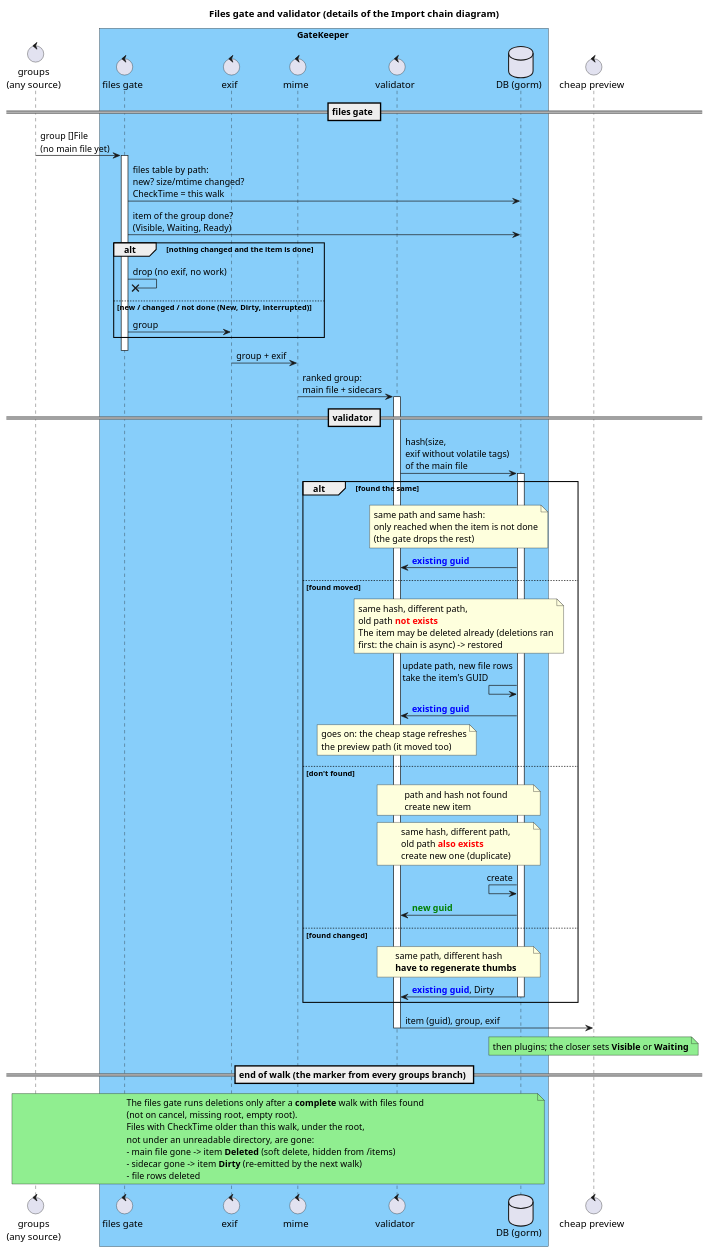
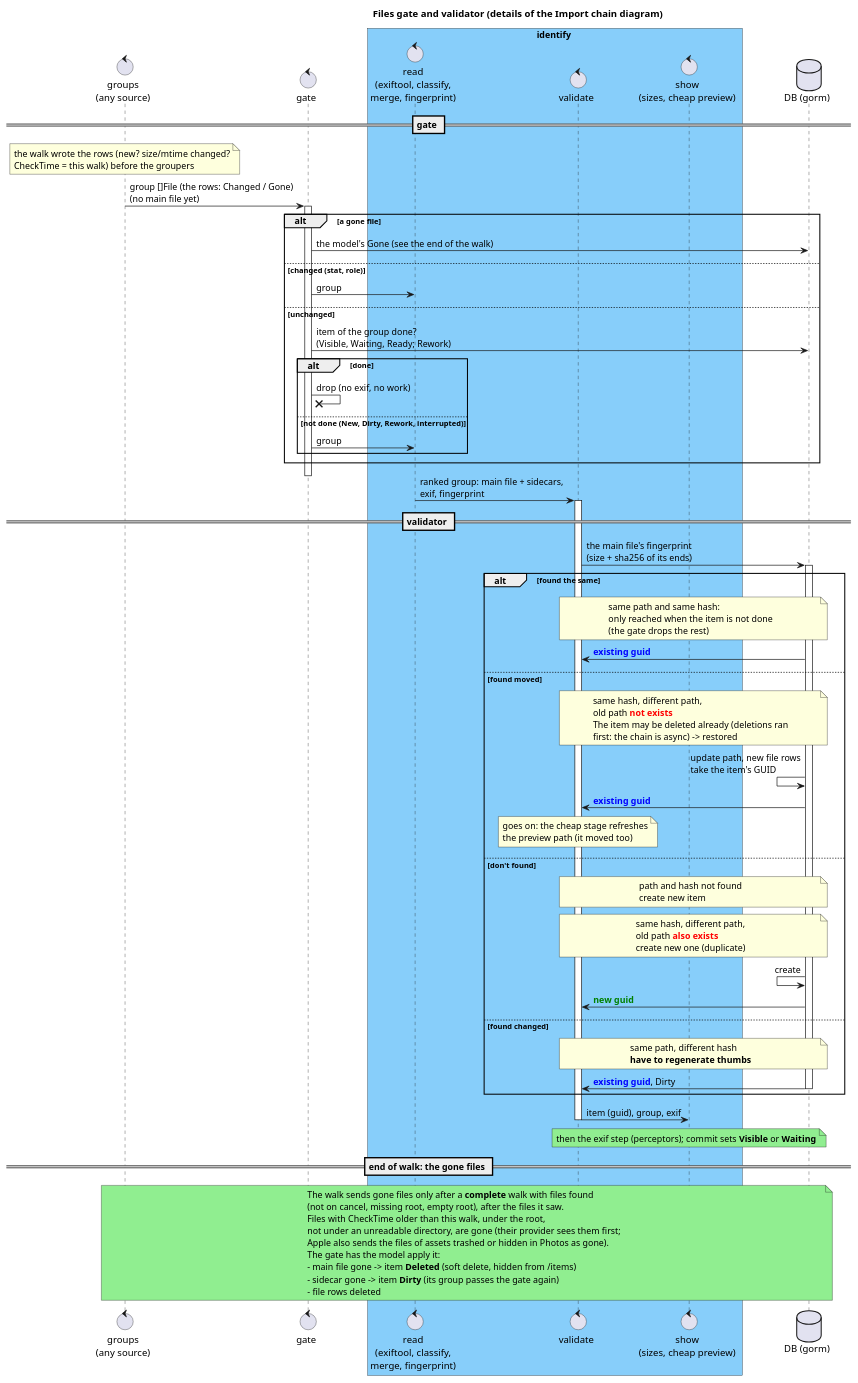
Before and after one commit to eggs-gd/Perceptrail: the diagram in _sb/puml/Walker.puml, drawn with PlantUML. The commit also changed 166 other files, not shown here.

```diff
--- a/_sb/puml/Walker.puml
+++ b/_sb/puml/Walker.puml
@@ -1,96 +1,102 @@
 @startuml Walker and validating
 
 !pragma teoz true
 
 title Files gate and validator (details of the Import chain diagram)
 
 control "groups\n(any source)" as Groups
-box GateKeeper #LightSkyBlue
-control "files gate" as Gate
-control "exif" as Exif
-control "mime" as Mime
-control "validator" as Validator
+control "gate" as Gate
+box identify #LightSkyBlue
+control "read\n(exiftool, classify,\nmerge, fingerprint)" as Exif
+control "validate" as Validator
+control "show\n(sizes, cheap preview)" as Transcode
+end box
 database "DB (gorm)" as DB
-end box
-control "cheap preview" as Transcode
 
-== files gate ==
+== gate ==
 
-Groups -> Gate: group []File\n(no main file yet)
+note over Groups: the walk wrote the rows (new? size/mtime changed?\nCheckTime = this walk) before the groupers
+Groups -> Gate: group []File (the rows: Changed / Gone)\n(no main file yet)
 activate Gate
-Gate -> DB: files table by path:\nnew? size/mtime changed?\nCheckTime = this walk
-Gate -> DB: item of the group done?\n(Visible, Waiting, Ready)
-alt nothing changed and the item is done
-    Gate ->x Gate: drop (no exif, no work)
-else new / changed / not done (New, Dirty, interrupted)
+alt a gone file
+    Gate -> DB: the model's Gone (see the end of the walk)
+else changed (stat, role)
     Gate -> Exif: group
+else unchanged
+    Gate -> DB: item of the group done?\n(Visible, Waiting, Ready; Rework)
+    alt done
+        Gate ->x Gate: drop (no exif, no work)
+    else not done (New, Dirty, Rework, interrupted)
+        Gate -> Exif: group
+    end
 end
 deactivate Gate
 
-Exif -> Mime: group + exif
-Mime -> Validator: ranked group:\nmain file + sidecars
+Exif -> Validator: ranked group: main file + sidecars,\nexif, fingerprint
 activate Validator
 
 == validator ==
 
-Validator -> DB: hash(size,\nexif without volatile tags)\nof the main file
+Validator -> DB: the main file's fingerprint\n(size + sha256 of its ends)
 activate DB
 
 alt found the same
     note over Validator, DB
     same path and same hash:
     only reached when the item is not done
     (the gate drops the rest)
     end note
     DB -> Validator: <font color=blue><b>existing guid
 
 else found moved
     note over Validator, DB
     same hash, different path,
     old path <b><font color=red>not exists
     The item may be deleted already (deletions ran
     first: the chain is async) -> restored
     end note
     DB <- DB: update path, new file rows\ntake the item's GUID
     DB -> Validator: <font color=blue><b>existing guid
     note over Validator: goes on: the cheap stage refreshes\nthe preview path (it moved too)
 
 else don't found
     note over Validator, DB
     path and hash not found
     create new item
     end note
     note over Validator, DB
     same hash, different path,
     old path <b><font color=red>also exists
     create new one (duplicate)
     end note
     DB <- DB: create
     DB -> Validator: <font color=green><b>new guid
 
 else found changed
     note over Validator, DB
     same path, different hash
     <b>have to regenerate thumbs
     end note
     DB -> Validator: <font color=blue><b>existing guid</b></font>, Dirty
     deactivate DB
 end
 
 Validator -> Transcode: item (guid), group, exif
 deactivate Validator
-note over Transcode #LightGreen: then plugins; the closer sets <b>Visible</b> or <b>Waiting</b>
+note over Transcode #LightGreen: then the exif step (perceptors); commit sets <b>Visible</b> or <b>Waiting</b>
 
-== end of walk (the marker from every groups branch) ==
+== end of walk: the gone files ==
 
 note over Groups, DB #LightGreen
-The files gate runs deletions only after a <b>complete</b> walk with files found
-(not on cancel, missing root, empty root).
+The walk sends gone files only after a <b>complete</b> walk with files found
+(not on cancel, missing root, empty root), after the files it saw.
 Files with CheckTime older than this walk, under the root,
-not under an unreadable directory, are gone:
+not under an unreadable directory, are gone (their provider sees them first;
+Apple also sends the files of assets trashed or hidden in Photos as gone).
+The gate has the model apply it:
 - main file gone -> item <b>Deleted</b> (soft delete, hidden from /items)
-- sidecar gone -> item <b>Dirty</b> (re-emitted by the next walk)
+- sidecar gone -> item <b>Dirty</b> (its group passes the gate again)
 - file rows deleted
 end note
 
 @enduml
```
